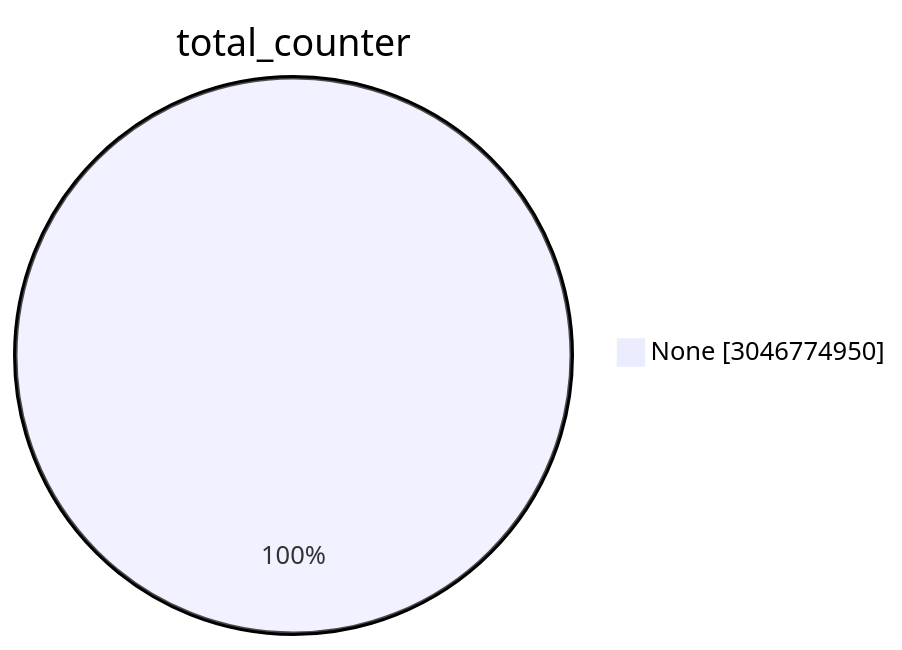
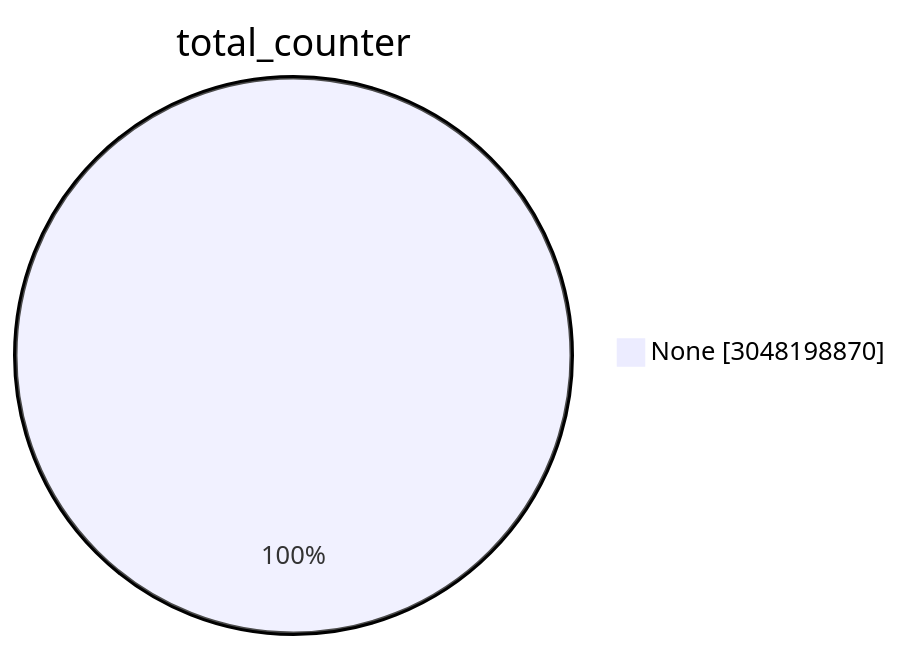
The first of 15 diagrams in TOTAL/README.md (christiankrug/ctmonitor_visualization), drawn with Mermaid before and after one commit. The commit also changed other lines of this file, not shown here.

````diff
--- a/TOTAL/README.md
+++ b/TOTAL/README.md
@@ -1,5 +1,5 @@
 ```mermaid
 pie showData
 title total_counter
-"None" :3046774950
+"None" :3048198870
 ```
````
